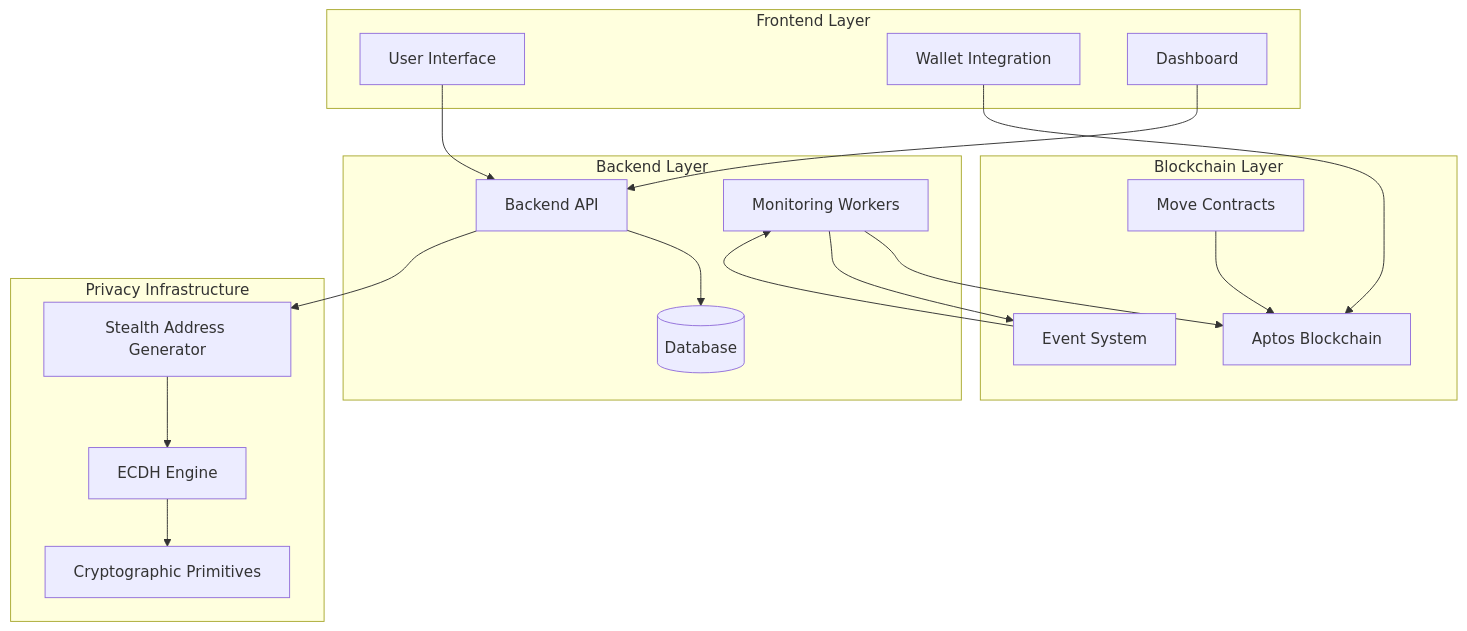
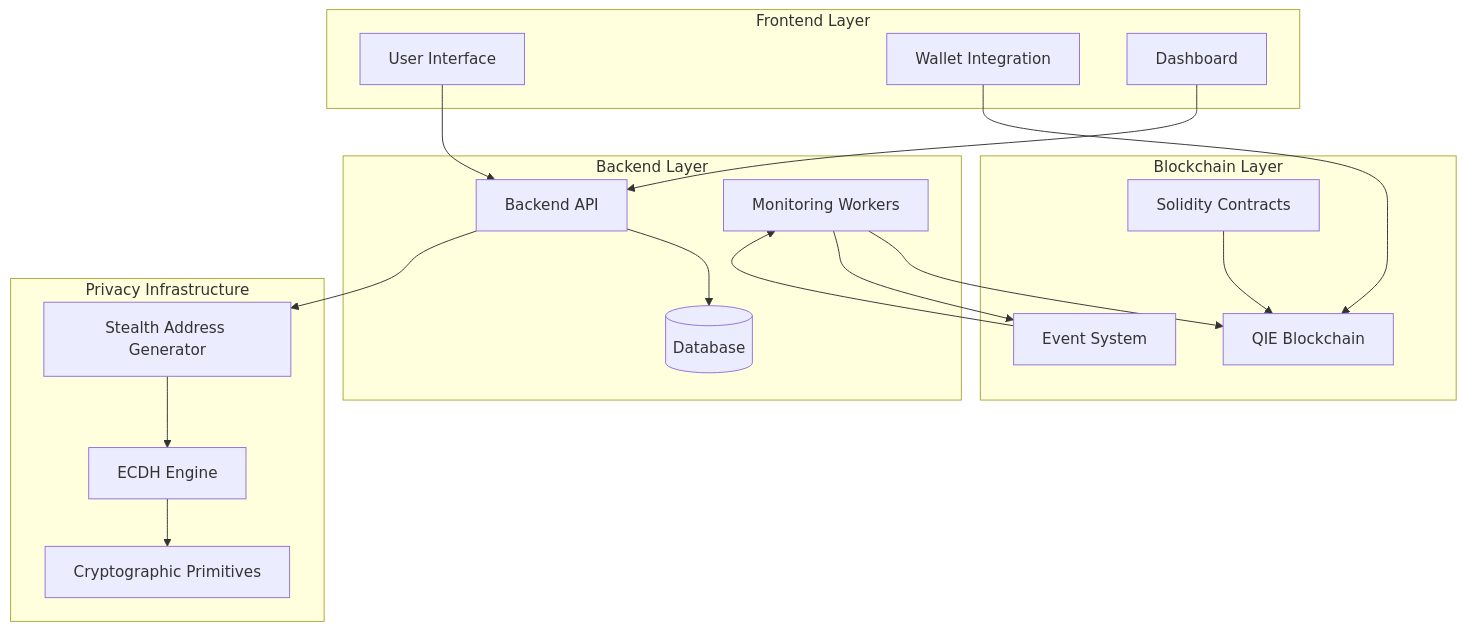
The first of 8 diagrams in README.md (AmaanSayyad/Private-Pay-QIE), drawn with Mermaid before and after one commit. The commit also changed other lines of this file and 24 other files, not shown here.

````diff
--- a/README.md
+++ b/README.md
@@ -265,38 +265,38 @@
 ```mermaid
 graph TB
     subgraph "Frontend Layer"
         UI[User Interface]
         Wallet[Wallet Integration]
         Dashboard[Dashboard]
     end
     
     subgraph "Backend Layer"
         API[Backend API]
         Workers[Monitoring Workers]
         DB[(Database)]
     end
     
     subgraph "Blockchain Layer"
-        Aptos[Aptos Blockchain]
-        Move[Move Contracts]
+        QIE[QIE Blockchain]
+        Solidity[Solidity Contracts]
         Events[Event System]
     end
     
     subgraph "Privacy Infrastructure"
         Stealth[Stealth Address Generator]
         ECDH[ECDH Engine]
         Crypto[Cryptographic Primitives]
     end
     
     UI --> API
-    Wallet --> Aptos
+    Wallet --> QIE
     Dashboard --> API
     API --> DB
     API --> Stealth
-    Workers --> Aptos
+    Workers --> QIE
     Workers --> Events
     Stealth --> ECDH
     ECDH --> Crypto
-    Move --> Aptos
+    Solidity --> QIE
     Events --> Workers
 ```
````
